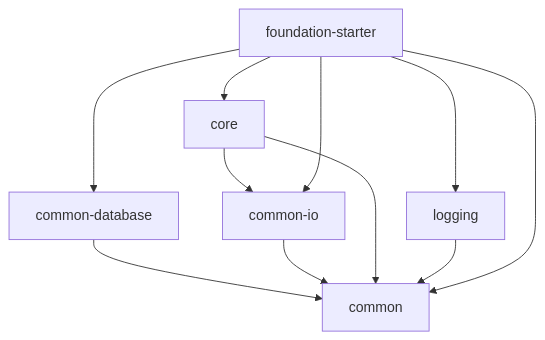
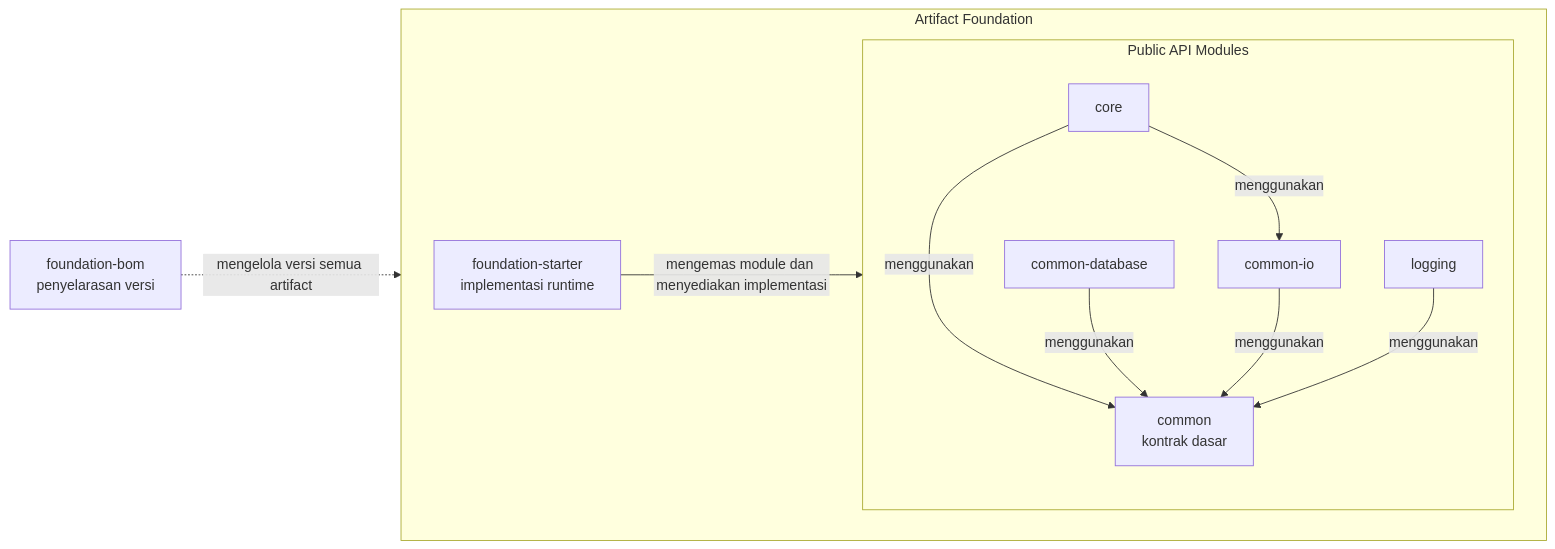
Before and after one commit to ReygaFitra/reyga-starter-foundation: the diagram in Readme.md, drawn with Mermaid. The commit also changed other lines of this file and 3 other files, not shown here.

````diff
--- a/Readme.md
+++ b/Readme.md
@@ -279,14 +305,29 @@
 ```mermaid
-flowchart TD
-    COMMON[common]
-    DB[common-database] --> COMMON
-    IO[common-io] --> COMMON
-    CORE[core] --> COMMON
-    CORE --> IO
-    LOGGING[logging] --> COMMON
-    STARTER[foundation-starter] --> COMMON
-    STARTER --> DB
-    STARTER --> IO
-    STARTER --> CORE
-    STARTER --> LOGGING
+flowchart LR
+    BOM["foundation-bom<br/>penyelarasan versi"]
+
+    subgraph ARTIFACTS["Artifact Foundation"]
+        direction LR
+
+        STARTER["foundation-starter<br/>implementasi runtime"]
+
+        subgraph API["Public API Modules"]
+            direction TB
+            CORE["core"]
+            DATABASE["common-database"]
+            IO["common-io"]
+            LOGGING["logging"]
+            COMMON["common<br/>kontrak dasar"]
+
+            CORE -->|menggunakan| IO
+            CORE -->|menggunakan| COMMON
+            DATABASE -->|menggunakan| COMMON
+            IO -->|menggunakan| COMMON
+            LOGGING -->|menggunakan| COMMON
+        end
+
+        STARTER -->|mengemas module dan menyediakan implementasi| API
+    end
+
+    BOM -.->|mengelola versi semua artifact| ARTIFACTS
 ```
````
